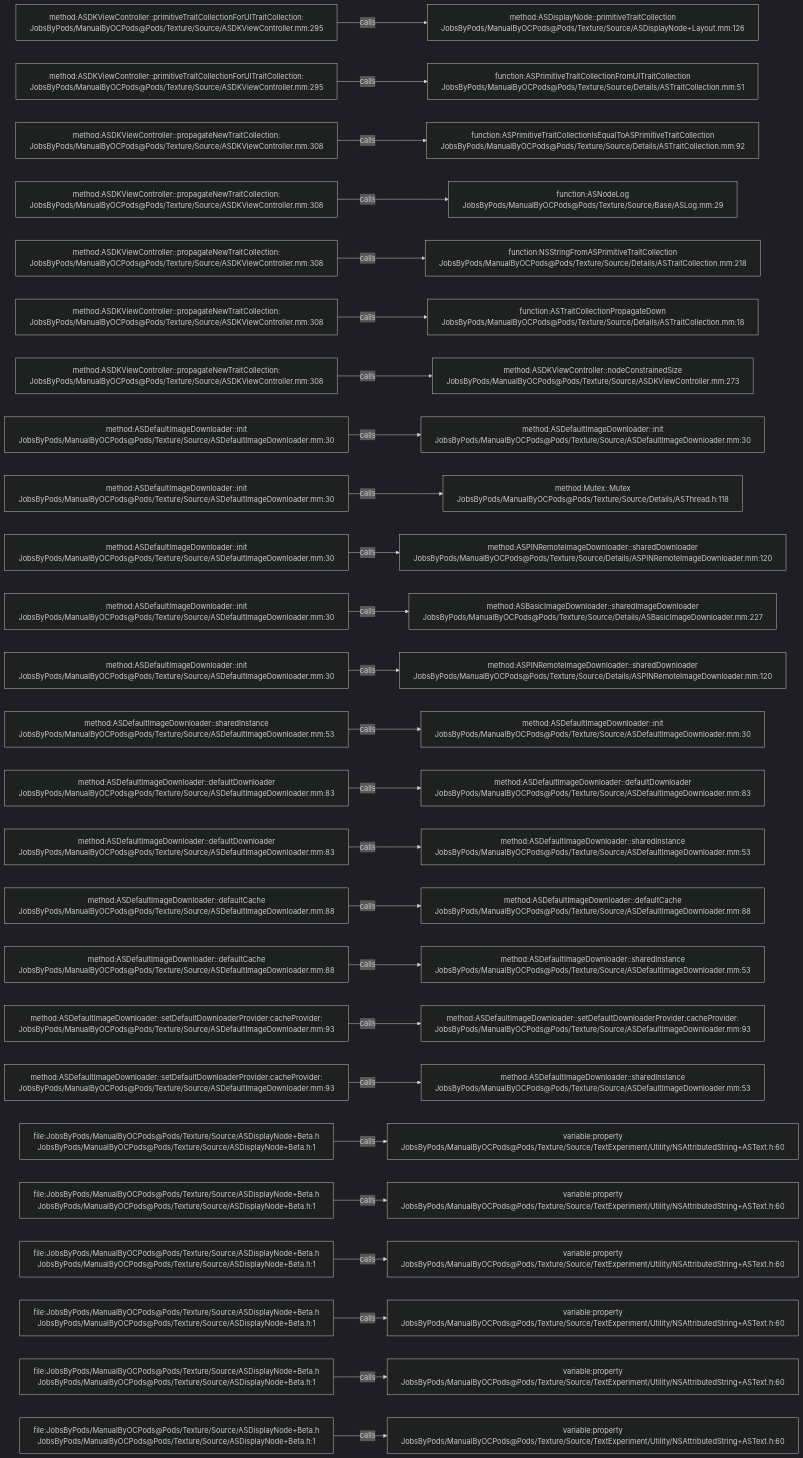
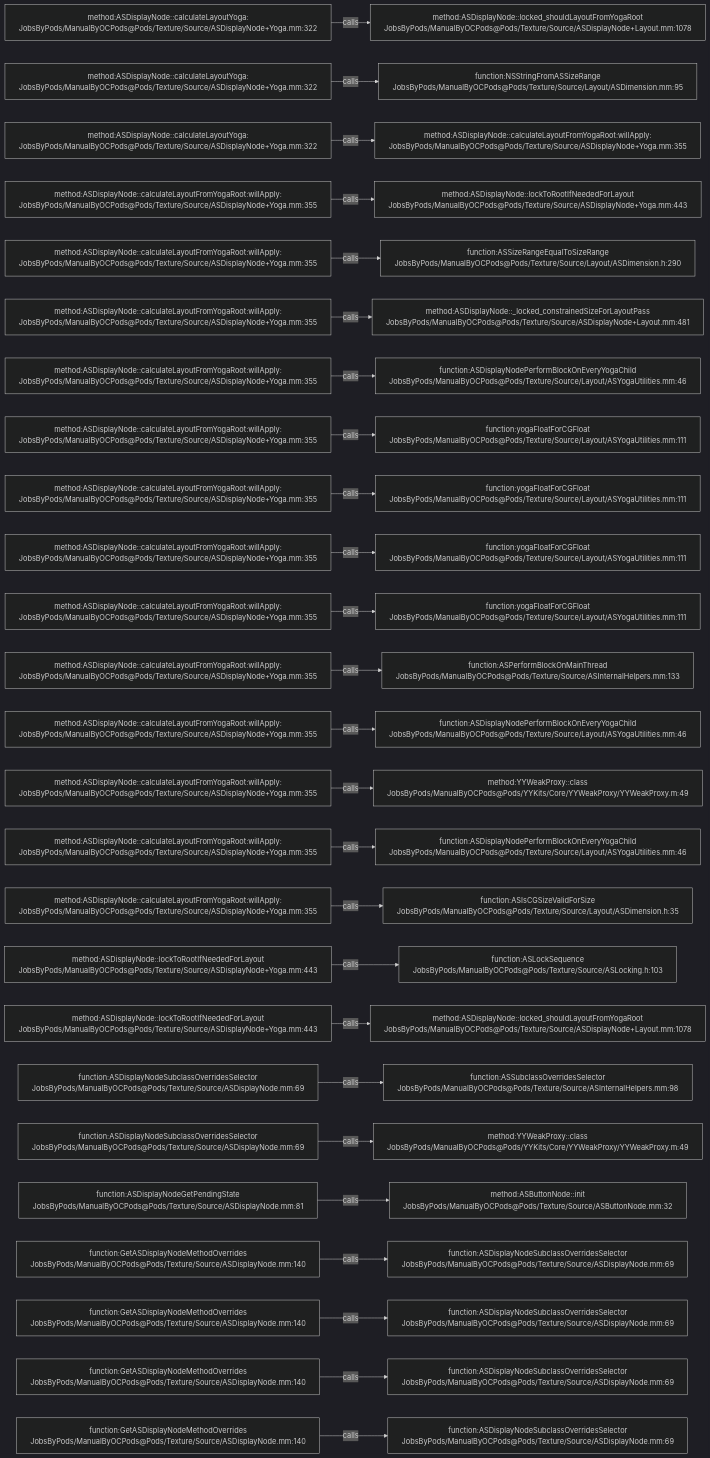
One commit to JobsKits/JobsOCBaseConfigDemo changed the diagram in .codegraph/codegraph.md/graphs/calls-097.md. Above: the diagram before and after it, drawn with Mermaid (dark theme). The commit also changed 1223 other files, not shown here.

````diff
--- a/.codegraph/codegraph.md/graphs/calls-097.md
+++ b/.codegraph/codegraph.md/graphs/calls-097.md
@@ -13,78 +13,78 @@
 ```mermaid
 flowchart LR
-  S1["method:ASDKViewController::primitiveTraitCollectionForUITraitCollection:<br/>JobsByPods/ManualByOCPods@Pods/Texture/Source/ASDKViewController.mm:295"]
-  T1["method:ASDisplayNode::primitiveTraitCollection<br/>JobsByPods/ManualByOCPods@Pods/Texture/Source/ASDisplayNode+Layout.mm:126"]
+  S1["method:ASDisplayNode::calculateLayoutYoga:<br/>JobsByPods/ManualByOCPods@Pods/Texture/Source/ASDisplayNode+Yoga.mm:322"]
+  T1["method:ASDisplayNode::locked_shouldLayoutFromYogaRoot<br/>JobsByPods/ManualByOCPods@Pods/Texture/Source/ASDisplayNode+Layout.mm:1078"]
   S1 -->|calls| T1
-  S2["method:ASDKViewController::primitiveTraitCollectionForUITraitCollection:<br/>JobsByPods/ManualByOCPods@Pods/Texture/Source/ASDKViewController.mm:295"]
-  T2["function:ASPrimitiveTraitCollectionFromUITraitCollection<br/>JobsByPods/ManualByOCPods@Pods/Texture/Source/Details/ASTraitCollection.mm:51"]
+  S2["method:ASDisplayNode::calculateLayoutYoga:<br/>JobsByPods/ManualByOCPods@Pods/Texture/Source/ASDisplayNode+Yoga.mm:322"]
+  T2["function:NSStringFromASSizeRange<br/>JobsByPods/ManualByOCPods@Pods/Texture/Source/Layout/ASDimension.mm:95"]
   S2 -->|calls| T2
-  S3["method:ASDKViewController::propagateNewTraitCollection:<br/>JobsByPods/ManualByOCPods@Pods/Texture/Source/ASDKViewController.mm:308"]
-  T3["function:ASPrimitiveTraitCollectionIsEqualToASPrimitiveTraitCollection<br/>JobsByPods/ManualByOCPods@Pods/Texture/Source/Details/ASTraitCollection.mm:92"]
+  S3["method:ASDisplayNode::calculateLayoutYoga:<br/>JobsByPods/ManualByOCPods@Pods/Texture/Source/ASDisplayNode+Yoga.mm:322"]
+  T3["method:ASDisplayNode::calculateLayoutFromYogaRoot:willApply:<br/>JobsByPods/ManualByOCPods@Pods/Texture/Source/ASDisplayNode+Yoga.mm:355"]
   S3 -->|calls| T3
-  S4["method:ASDKViewController::propagateNewTraitCollection:<br/>JobsByPods/ManualByOCPods@Pods/Texture/Source/ASDKViewController.mm:308"]
-  T4["function:ASNodeLog<br/>JobsByPods/ManualByOCPods@Pods/Texture/Source/Base/ASLog.mm:29"]
+  S4["method:ASDisplayNode::calculateLayoutFromYogaRoot:willApply:<br/>JobsByPods/ManualByOCPods@Pods/Texture/Source/ASDisplayNode+Yoga.mm:355"]
+  T4["method:ASDisplayNode::lockToRootIfNeededForLayout<br/>JobsByPods/ManualByOCPods@Pods/Texture/Source/ASDisplayNode+Yoga.mm:443"]
   S4 -->|calls| T4
-  S5["method:ASDKViewController::propagateNewTraitCollection:<br/>JobsByPods/ManualByOCPods@Pods/Texture/Source/ASDKViewController.mm:308"]
-  T5["function:NSStringFromASPrimitiveTraitCollection<br/>JobsByPods/ManualByOCPods@Pods/Texture/Source/Details/ASTraitCollection.mm:218"]
+  S5["method:ASDisplayNode::calculateLayoutFromYogaRoot:willApply:<br/>JobsByPods/ManualByOCPods@Pods/Texture/Source/ASDisplayNode+Yoga.mm:355"]
+  T5["function:ASSizeRangeEqualToSizeRange<br/>JobsByPods/ManualByOCPods@Pods/Texture/Source/Layout/ASDimension.h:290"]
   S5 -->|calls| T5
-  S6["method:ASDKViewController::propagateNewTraitCollection:<br/>JobsByPods/ManualByOCPods@Pods/Texture/Source/ASDKViewController.mm:308"]
-  T6["function:ASTraitCollectionPropagateDown<br/>JobsByPods/ManualByOCPods@Pods/Texture/Source/Details/ASTraitCollection.mm:18"]
+  S6["method:ASDisplayNode::calculateLayoutFromYogaRoot:willApply:<br/>JobsByPods/ManualByOCPods@Pods/Texture/Source/ASDisplayNode+Yoga.mm:355"]
+  T6["method:ASDisplayNode::_locked_constrainedSizeForLayoutPass<br/>JobsByPods/ManualByOCPods@Pods/Texture/Source/ASDisplayNode+Layout.mm:481"]
   S6 -->|calls| T6
-  S7["method:ASDKViewController::propagateNewTraitCollection:<br/>JobsByPods/ManualByOCPods@Pods/Texture/Source/ASDKViewController.mm:308"]
-  T7["method:ASDKViewController::nodeConstrainedSize<br/>JobsByPods/ManualByOCPods@Pods/Texture/Source/ASDKViewController.mm:273"]
+  S7["method:ASDisplayNode::calculateLayoutFromYogaRoot:willApply:<br/>JobsByPods/ManualByOCPods@Pods/Texture/Source/ASDisplayNode+Yoga.mm:355"]
+  T7["function:ASDisplayNodePerformBlockOnEveryYogaChild<br/>JobsByPods/ManualByOCPods@Pods/Texture/Source/Layout/ASYogaUtilities.mm:46"]
   S7 -->|calls| T7
-  S8["method:ASDefaultImageDownloader::init<br/>JobsByPods/ManualByOCPods@Pods/Texture/Source/ASDefaultImageDownloader.mm:30"]
-  T8["method:ASDefaultImageDownloader::init<br/>JobsByPods/ManualByOCPods@Pods/Texture/Source/ASDefaultImageDownloader.mm:30"]
+  S8["method:ASDisplayNode::calculateLayoutFromYogaRoot:willApply:<br/>JobsByPods/ManualByOCPods@Pods/Texture/Source/ASDisplayNode+Yoga.mm:355"]
+  T8["function:yogaFloatForCGFloat<br/>JobsByPods/ManualByOCPods@Pods/Texture/Source/Layout/ASYogaUtilities.mm:111"]
   S8 -->|calls| T8
-  S9["method:ASDefaultImageDownloader::init<br/>JobsByPods/ManualByOCPods@Pods/Texture/Source/ASDefaultImageDownloader.mm:30"]
-  T9["method:Mutex::Mutex<br/>JobsByPods/ManualByOCPods@Pods/Texture/Source/Details/ASThread.h:118"]
+  S9["method:ASDisplayNode::calculateLayoutFromYogaRoot:willApply:<br/>JobsByPods/ManualByOCPods@Pods/Texture/Source/ASDisplayNode+Yoga.mm:355"]
+  T9["function:yogaFloatForCGFloat<br/>JobsByPods/ManualByOCPods@Pods/Texture/Source/Layout/ASYogaUtilities.mm:111"]
   S9 -->|calls| T9
-  S10["method:ASDefaultImageDownloader::init<br/>JobsByPods/ManualByOCPods@Pods/Texture/Source/ASDefaultImageDownloader.mm:30"]
-  T10["method:ASPINRemoteImageDownloader::sharedDownloader<br/>JobsByPods/ManualByOCPods@Pods/Texture/Source/Details/ASPINRemoteImageDownloader.mm:120"]
+  S10["method:ASDisplayNode::calculateLayoutFromYogaRoot:willApply:<br/>JobsByPods/ManualByOCPods@Pods/Texture/Source/ASDisplayNode+Yoga.mm:355"]
+  T10["function:yogaFloatForCGFloat<br/>JobsByPods/ManualByOCPods@Pods/Texture/Source/Layout/ASYogaUtilities.mm:111"]
   S10 -->|calls| T10
-  S11["method:ASDefaultImageDownloader::init<br/>JobsByPods/ManualByOCPods@Pods/Texture/Source/ASDefaultImageDownloader.mm:30"]
-  T11["method:ASBasicImageDownloader::sharedImageDownloader<br/>JobsByPods/ManualByOCPods@Pods/Texture/Source/Details/ASBasicImageDownloader.mm:227"]
+  S11["method:ASDisplayNode::calculateLayoutFromYogaRoot:willApply:<br/>JobsByPods/ManualByOCPods@Pods/Texture/Source/ASDisplayNode+Yoga.mm:355"]
+  T11["function:yogaFloatForCGFloat<br/>JobsByPods/ManualByOCPods@Pods/Texture/Source/Layout/ASYogaUtilities.mm:111"]
   S11 -->|calls| T11
-  S12["method:ASDefaultImageDownloader::init<br/>JobsByPods/ManualByOCPods@Pods/Texture/Source/ASDefaultImageDownloader.mm:30"]
-  T12["method:ASPINRemoteImageDownloader::sharedDownloader<br/>JobsByPods/ManualByOCPods@Pods/Texture/Source/Details/ASPINRemoteImageDownloader.mm:120"]
+  S12["method:ASDisplayNode::calculateLayoutFromYogaRoot:willApply:<br/>JobsByPods/ManualByOCPods@Pods/Texture/Source/ASDisplayNode+Yoga.mm:355"]
+  T12["function:ASPerformBlockOnMainThread<br/>JobsByPods/ManualByOCPods@Pods/Texture/Source/ASInternalHelpers.mm:133"]
   S12 -->|calls| T12
-  S13["method:ASDefaultImageDownloader::sharedInstance<br/>JobsByPods/ManualByOCPods@Pods/Texture/Source/ASDefaultImageDownloader.mm:53"]
-  T13["method:ASDefaultImageDownloader::init<br/>JobsByPods/ManualByOCPods@Pods/Texture/Source/ASDefaultImageDownloader.mm:30"]
+  S13["method:ASDisplayNode::calculateLayoutFromYogaRoot:willApply:<br/>JobsByPods/ManualByOCPods@Pods/Texture/Source/ASDisplayNode+Yoga.mm:355"]
+  T13["function:ASDisplayNodePerformBlockOnEveryYogaChild<br/>JobsByPods/ManualByOCPods@Pods/Texture/Source/Layout/ASYogaUtilities.mm:46"]
   S13 -->|calls| T13
-  S14["method:ASDefaultImageDownloader::defaultDownloader<br/>JobsByPods/ManualByOCPods@Pods/Texture/Source/ASDefaultImageDownloader.mm:83"]
-  T14["method:ASDefaultImageDownloader::defaultDownloader<br/>JobsByPods/ManualByOCPods@Pods/Texture/Source/ASDefaultImageDownloader.mm:83"]
+  S14["method:ASDisplayNode::calculateLayoutFromYogaRoot:willApply:<br/>JobsByPods/ManualByOCPods@Pods/Texture/Source/ASDisplayNode+Yoga.mm:355"]
+  T14["method:YYWeakProxy::class<br/>JobsByPods/ManualByOCPods@Pods/YYKits/Core/YYWeakProxy/YYWeakProxy.m:49"]
   S14 -->|calls| T14
-  S15["method:ASDefaultImageDownloader::defaultDownloader<br/>JobsByPods/ManualByOCPods@Pods/Texture/Source/ASDefaultImageDownloader.mm:83"]
-  T15["method:ASDefaultImageDownloader::sharedInstance<br/>JobsByPods/ManualByOCPods@Pods/Texture/Source/ASDefaultImageDownloader.mm:53"]
+  S15["method:ASDisplayNode::calculateLayoutFromYogaRoot:willApply:<br/>JobsByPods/ManualByOCPods@Pods/Texture/Source/ASDisplayNode+Yoga.mm:355"]
+  T15["function:ASDisplayNodePerformBlockOnEveryYogaChild<br/>JobsByPods/ManualByOCPods@Pods/Texture/Source/Layout/ASYogaUtilities.mm:46"]
   S15 -->|calls| T15
-  S16["method:ASDefaultImageDownloader::defaultCache<br/>JobsByPods/ManualByOCPods@Pods/Texture/Source/ASDefaultImageDownloader.mm:88"]
-  T16["method:ASDefaultImageDownloader::defaultCache<br/>JobsByPods/ManualByOCPods@Pods/Texture/Source/ASDefaultImageDownloader.mm:88"]
+  S16["method:ASDisplayNode::calculateLayoutFromYogaRoot:willApply:<br/>JobsByPods/ManualByOCPods@Pods/Texture/Source/ASDisplayNode+Yoga.mm:355"]
+  T16["function:ASIsCGSizeValidForSize<br/>JobsByPods/ManualByOCPods@Pods/Texture/Source/Layout/ASDimension.h:35"]
   S16 -->|calls| T16
-  S17["method:ASDefaultImageDownloader::defaultCache<br/>JobsByPods/ManualByOCPods@Pods/Texture/Source/ASDefaultImageDownloader.mm:88"]
-  T17["method:ASDefaultImageDownloader::sharedInstance<br/>JobsByPods/ManualByOCPods@Pods/Texture/Source/ASDefaultImageDownloader.mm:53"]
+  S17["method:ASDisplayNode::lockToRootIfNeededForLayout<br/>JobsByPods/ManualByOCPods@Pods/Texture/Source/ASDisplayNode+Yoga.mm:443"]
+  T17["function:ASLockSequence<br/>JobsByPods/ManualByOCPods@Pods/Texture/Source/ASLocking.h:103"]
   S17 -->|calls| T17
-  S18["method:ASDefaultImageDownloader::setDefaultDownloaderProvider:cacheProvider:<br/>JobsByPods/ManualByOCPods@Pods/Texture/Source/ASDefaultImageDownloader.mm:93"]
-  T18["method:ASDefaultImageDownloader::setDefaultDownloaderProvider:cacheProvider:<br/>JobsByPods/ManualByOCPods@Pods/Texture/Source/ASDefaultImageDownloader.mm:93"]
+  S18["method:ASDisplayNode::lockToRootIfNeededForLayout<br/>JobsByPods/ManualByOCPods@Pods/Texture/Source/ASDisplayNode+Yoga.mm:443"]
+  T18["method:ASDisplayNode::locked_shouldLayoutFromYogaRoot<br/>JobsByPods/ManualByOCPods@Pods/Texture/Source/ASDisplayNode+Layout.mm:1078"]
   S18 -->|calls| T18
-  S19["method:ASDefaultImageDownloader::setDefaultDownloaderProvider:cacheProvider:<br/>JobsByPods/ManualByOCPods@Pods/Texture/Source/ASDefaultImageDownloader.mm:93"]
-  T19["method:ASDefaultImageDownloader::sharedInstance<br/>JobsByPods/ManualByOCPods@Pods/Texture/Source/ASDefaultImageDownloader.mm:53"]
+  S19["function:ASDisplayNodeSubclassOverridesSelector<br/>JobsByPods/ManualByOCPods@Pods/Texture/Source/ASDisplayNode.mm:69"]
+  T19["function:ASSubclassOverridesSelector<br/>JobsByPods/ManualByOCPods@Pods/Texture/Source/ASInternalHelpers.mm:98"]
   S19 -->|calls| T19
-  S20["file:JobsByPods/ManualByOCPods@Pods/Texture/Source/ASDisplayNode+Beta.h<br/>JobsByPods/ManualByOCPods@Pods/Texture/Source/ASDisplayNode+Beta.h:1"]
-  T20["variable:property<br/>JobsByPods/ManualByOCPods@Pods/Texture/Source/TextExperiment/Utility/NSAttributedString+ASText.h:60"]
+  S20["function:ASDisplayNodeSubclassOverridesSelector<br/>JobsByPods/ManualByOCPods@Pods/Texture/Source/ASDisplayNode.mm:69"]
+  T20["method:YYWeakProxy::class<br/>JobsByPods/ManualByOCPods@Pods/YYKits/Core/YYWeakProxy/YYWeakProxy.m:49"]
   S20 -->|calls| T20
-  S21["file:JobsByPods/ManualByOCPods@Pods/Texture/Source/ASDisplayNode+Beta.h<br/>JobsByPods/ManualByOCPods@Pods/Texture/Source/ASDisplayNode+Beta.h:1"]
-  T21["variable:property<br/>JobsByPods/ManualByOCPods@Pods/Texture/Source/TextExperiment/Utility/NSAttributedString+ASText.h:60"]
+  S21["function:ASDisplayNodeGetPendingState<br/>JobsByPods/ManualByOCPods@Pods/Texture/Source/ASDisplayNode.mm:81"]
+  T21["method:ASButtonNode::init<br/>JobsByPods/ManualByOCPods@Pods/Texture/Source/ASButtonNode.mm:32"]
   S21 -->|calls| T21
-  S22["file:JobsByPods/ManualByOCPods@Pods/Texture/Source/ASDisplayNode+Beta.h<br/>JobsByPods/ManualByOCPods@Pods/Texture/Source/ASDisplayNode+Beta.h:1"]
-  T22["variable:property<br/>JobsByPods/ManualByOCPods@Pods/Texture/Source/TextExperiment/Utility/NSAttributedString+ASText.h:60"]
+  S22["function:GetASDisplayNodeMethodOverrides<br/>JobsByPods/ManualByOCPods@Pods/Texture/Source/ASDisplayNode.mm:140"]
+  T22["function:ASDisplayNodeSubclassOverridesSelector<br/>JobsByPods/ManualByOCPods@Pods/Texture/Source/ASDisplayNode.mm:69"]
   S22 -->|calls| T22
-  S23["file:JobsByPods/ManualByOCPods@Pods/Texture/Source/ASDisplayNode+Beta.h<br/>JobsByPods/ManualByOCPods@Pods/Texture/Source/ASDisplayNode+Beta.h:1"]
-  T23["variable:property<br/>JobsByPods/ManualByOCPods@Pods/Texture/Source/TextExperiment/Utility/NSAttributedString+ASText.h:60"]
+  S23["function:GetASDisplayNodeMethodOverrides<br/>JobsByPods/ManualByOCPods@Pods/Texture/Source/ASDisplayNode.mm:140"]
+  T23["function:ASDisplayNodeSubclassOverridesSelector<br/>JobsByPods/ManualByOCPods@Pods/Texture/Source/ASDisplayNode.mm:69"]
   S23 -->|calls| T23
-  S24["file:JobsByPods/ManualByOCPods@Pods/Texture/Source/ASDisplayNode+Beta.h<br/>JobsByPods/ManualByOCPods@Pods/Texture/Source/ASDisplayNode+Beta.h:1"]
-  T24["variable:property<br/>JobsByPods/ManualByOCPods@Pods/Texture/Source/TextExperiment/Utility/NSAttributedString+ASText.h:60"]
+  S24["function:GetASDisplayNodeMethodOverrides<br/>JobsByPods/ManualByOCPods@Pods/Texture/Source/ASDisplayNode.mm:140"]
+  T24["function:ASDisplayNodeSubclassOverridesSelector<br/>JobsByPods/ManualByOCPods@Pods/Texture/Source/ASDisplayNode.mm:69"]
   S24 -->|calls| T24
-  S25["file:JobsByPods/ManualByOCPods@Pods/Texture/Source/ASDisplayNode+Beta.h<br/>JobsByPods/ManualByOCPods@Pods/Texture/Source/ASDisplayNode+Beta.h:1"]
-  T25["variable:property<br/>JobsByPods/ManualByOCPods@Pods/Texture/Source/TextExperiment/Utility/NSAttributedString+ASText.h:60"]
+  S25["function:GetASDisplayNodeMethodOverrides<br/>JobsByPods/ManualByOCPods@Pods/Texture/Source/ASDisplayNode.mm:140"]
+  T25["function:ASDisplayNodeSubclassOverridesSelector<br/>JobsByPods/ManualByOCPods@Pods/Texture/Source/ASDisplayNode.mm:69"]
   S25 -->|calls| T25
 ```
````
